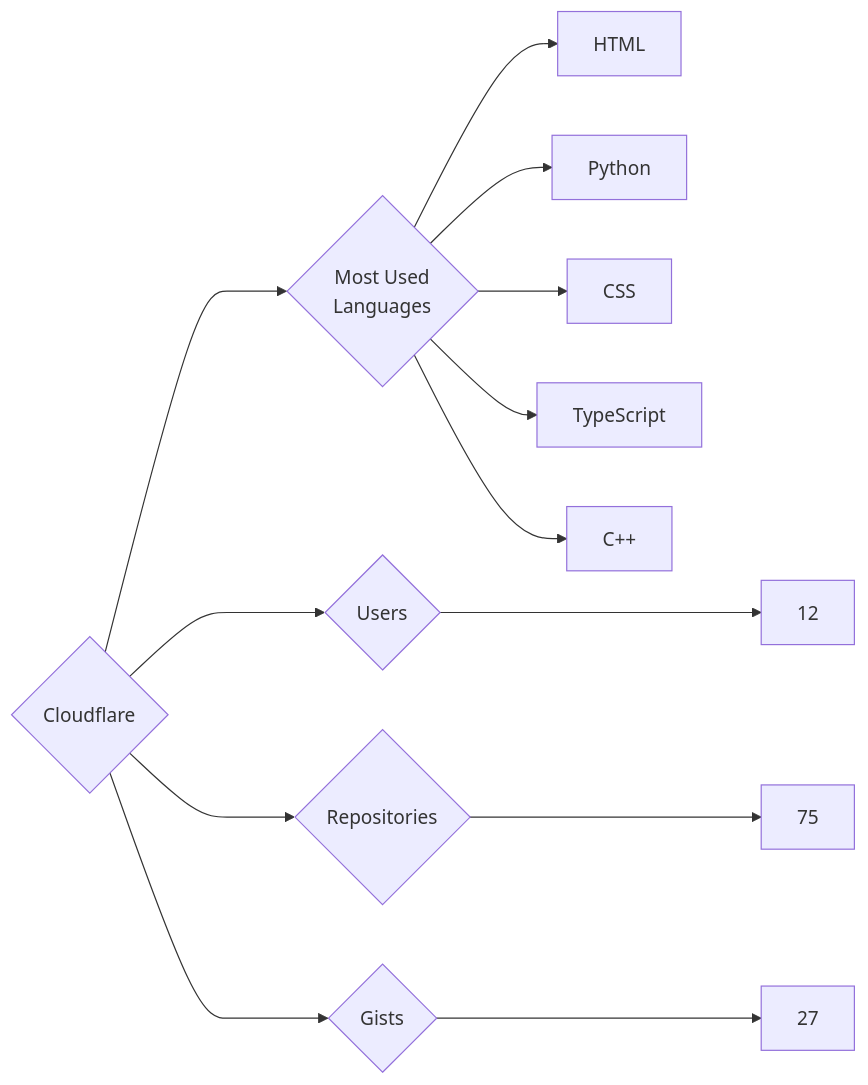
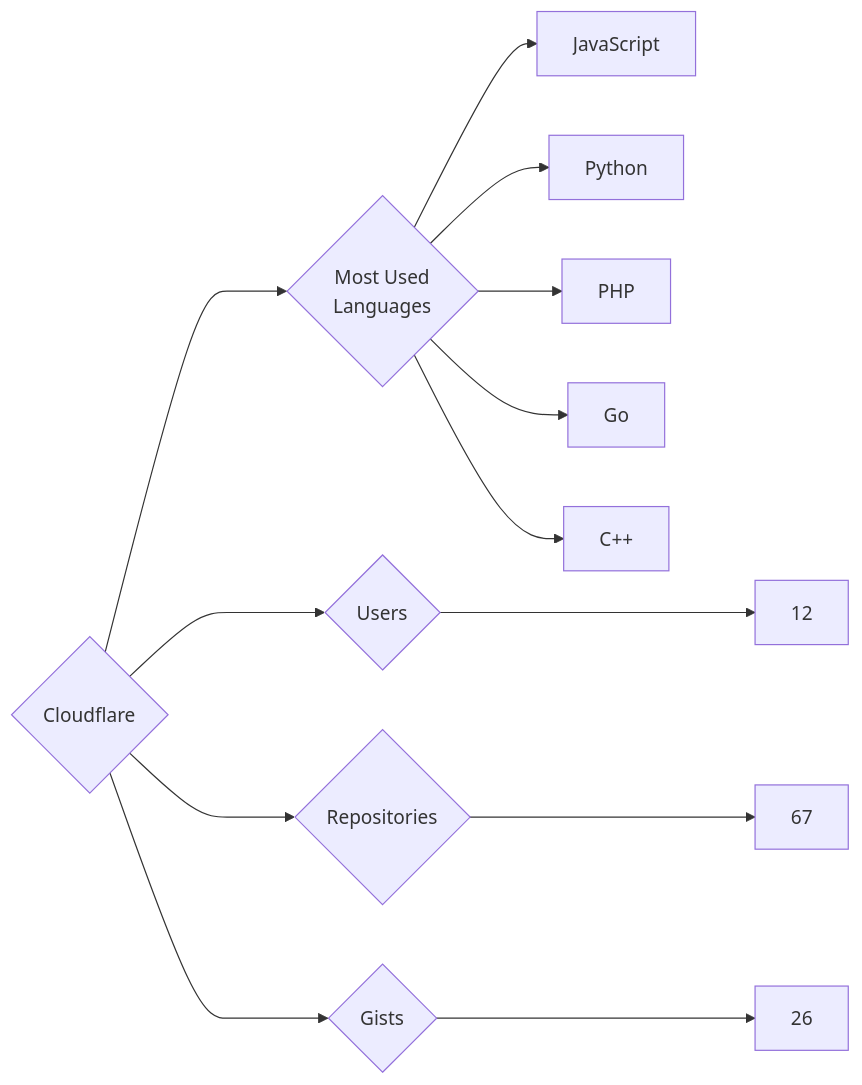
The diagram in targets/Cloudflare/README.md (trickest/insiders), drawn with Mermaid before and after one commit. The commit also changed 942 other files, not shown here.

````diff
--- a/targets/Cloudflare/README.md
+++ b/targets/Cloudflare/README.md
@@ -3,13 +3,13 @@
 ```mermaid
 graph LR
 COMPANY_NAME{Cloudflare}
 COMPANY_NAME ---> U{Users} ---> UN[12]
-COMPANY_NAME ---> R{Repositories} ---> RN[75]
-COMPANY_NAME ---> G{Gists} ---> GN[27]
+COMPANY_NAME ---> R{Repositories} ---> RN[67]
+COMPANY_NAME ---> G{Gists} ---> GN[26]
 COMPANY_NAME ---> ML{Most Used<br>Languages}
-ML --> HTML[HTML]
+ML --> JavaScript[JavaScript]
 ML --> Python[Python]
-ML --> CSS[CSS]
-ML --> TypeScript[TypeScript]
+ML --> PHP[PHP]
+ML --> Go[Go]
 ML --> C++[C++]
 ```
````
